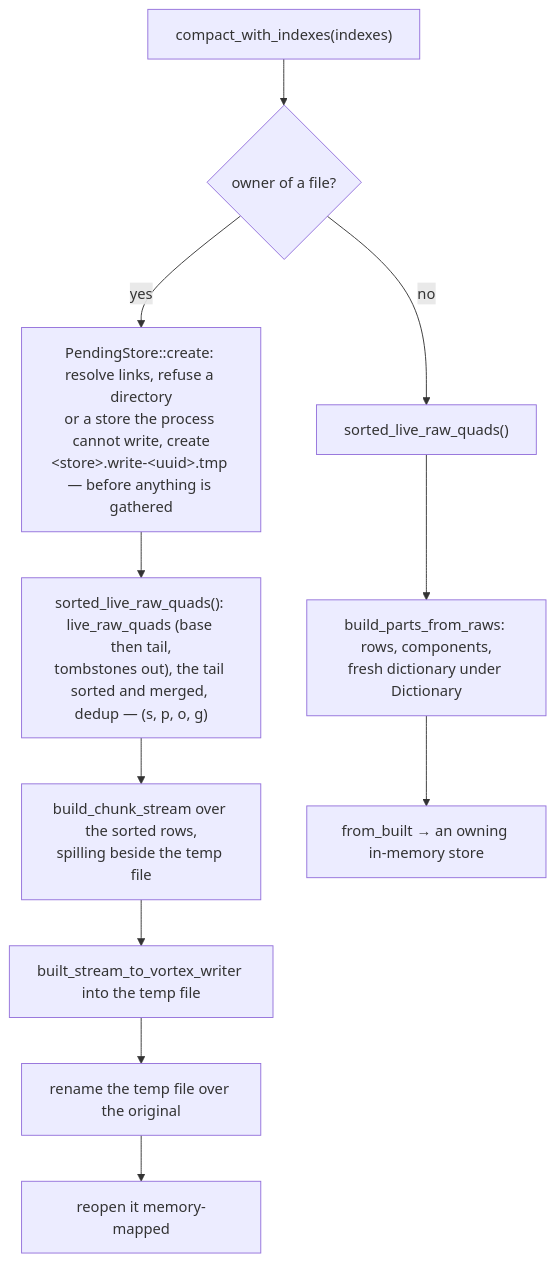
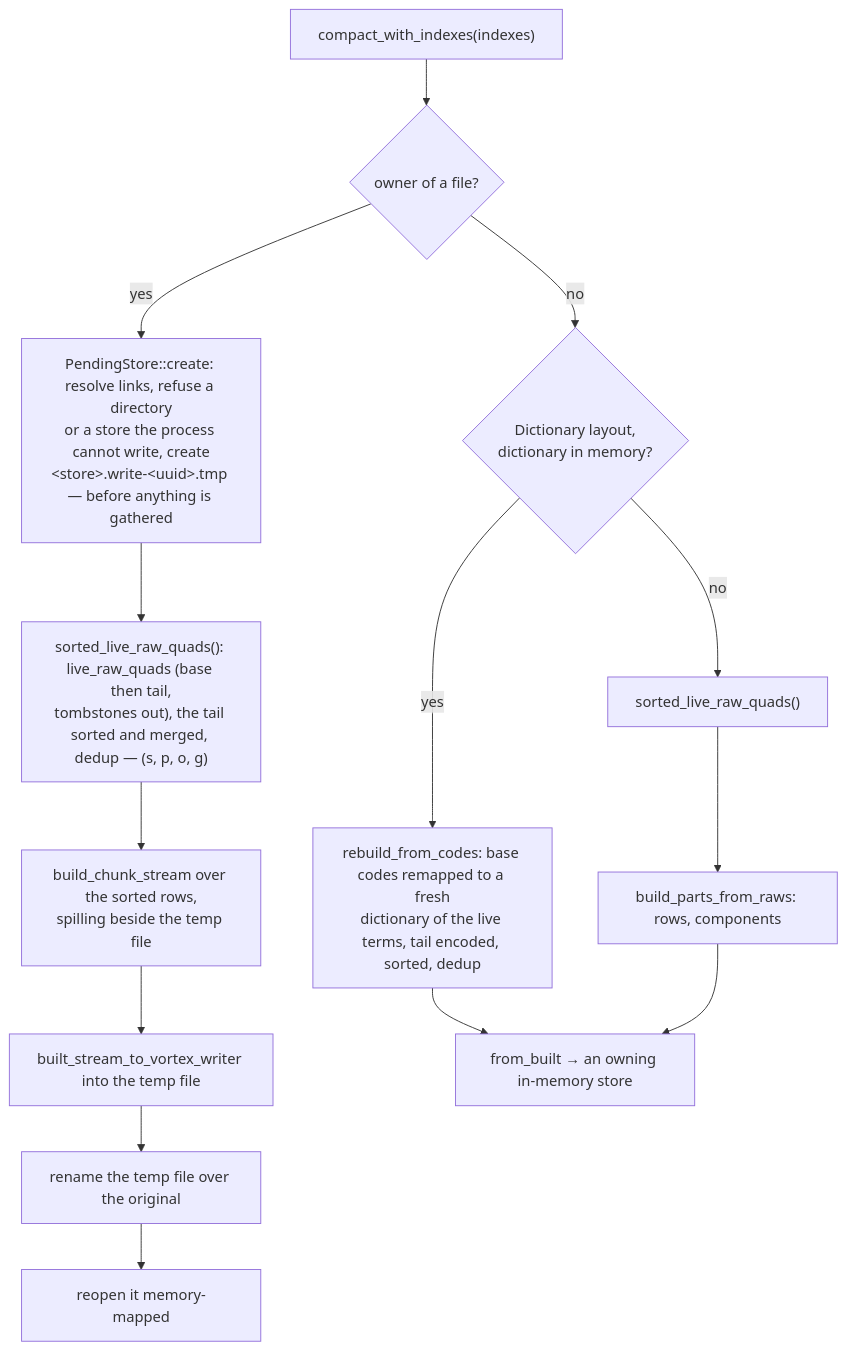
The fourth of 4 diagrams in docs/mutations.md (vortex-rdf/vortex-rdf), drawn with Mermaid before and after one commit. The commit also changed other lines of this file and 7 other files, not shown here.

````diff
--- a/docs/mutations.md
+++ b/docs/mutations.md
@@ -206,13 +218,16 @@
 ```mermaid
 flowchart TD
     C["compact_with_indexes(indexes)"] --> O{"owner of a file?"}
     O -- "yes" --> P["PendingStore::create: resolve links, refuse a directory<br/>or a store the process cannot write, create<br/>&lt;store&gt;.write-&lt;uuid&gt;.tmp — before anything is gathered"]
     P --> L["sorted_live_raw_quads(): live_raw_quads (base then tail,<br/>tombstones out), the tail sorted and merged, dedup — (s, p, o, g)"]
     L --> F1["build_chunk_stream over the sorted rows,<br/>spilling beside the temp file"]
     F1 --> F2["built_stream_to_vortex_writer into the temp file"]
     F2 --> F3["rename the temp file over the original"]
     F3 --> F4["reopen it memory-mapped"]
-    O -- "no" --> L2["sorted_live_raw_quads()"]
-    L2 --> M1["build_parts_from_raws: rows, components,<br/>fresh dictionary under Dictionary"]
-    M1 --> M2["from_built → an owning in-memory store"]
+    O -- "no" --> D{"Dictionary layout,<br/>dictionary in memory?"}
+    D -- "yes" --> R["rebuild_from_codes: base codes remapped to a fresh<br/>dictionary of the live terms, tail encoded, sorted, dedup"]
+    D -- "no" --> L2["sorted_live_raw_quads()"]
+    L2 --> M1["build_parts_from_raws: rows, components"]
+    R --> M2["from_built → an owning in-memory store"]
+    M1 --> M2
 ```
````
